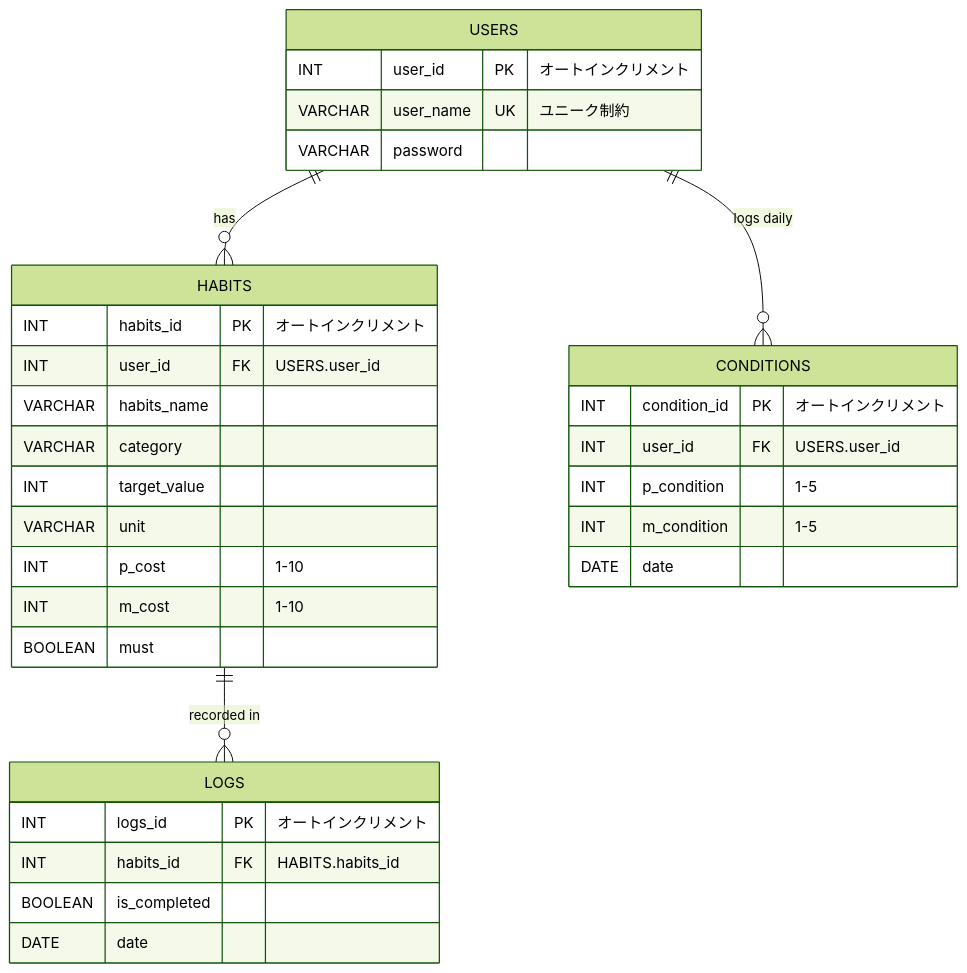
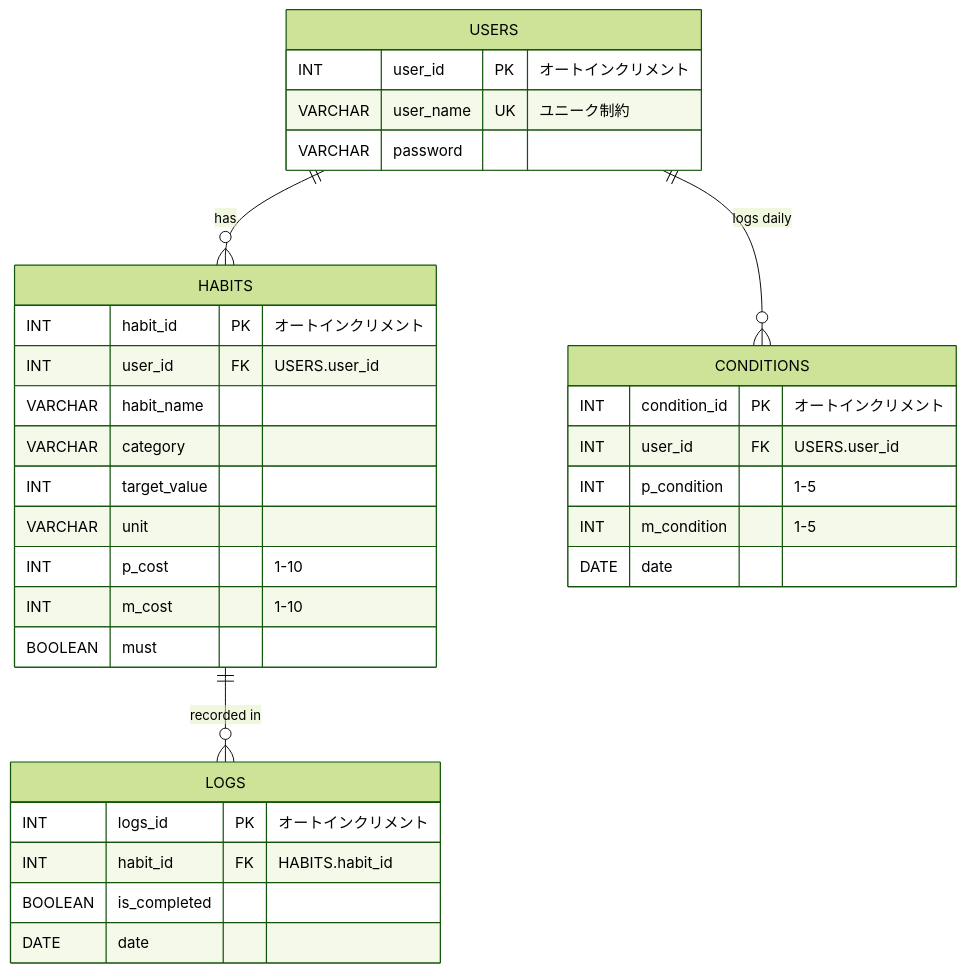
One commit to Moku3956/daily-routine changed the diagram in docs/er.md. Above: the diagram before and after it, drawn with Mermaid (forest theme). The commit also changed other lines of this file and 1 other file, not shown here.

Commit message:
Fix API design YAML structure and ER diagram based on review comments

````diff
--- a/docs/er.md
+++ b/docs/er.md
@@ -1,41 +3,41 @@
 ```mermaid
 erDiagram
 
     USERS ||--o{ HABITS : "has"
     USERS ||--o{ CONDITIONS : "logs daily"
     HABITS ||--o{ LOGS : "recorded in"
            
 
     USERS {
         INT user_id PK "オートインクリメント"
         VARCHAR user_name UK "ユニーク制約"
         VARCHAR password ""
     }
 
     HABITS {
-        INT habits_id PK "オートインクリメント"
+        INT habit_id PK "オートインクリメント"
         INT user_id FK "USERS.user_id"
-        VARCHAR habits_name
+        VARCHAR habit_name
         VARCHAR category
         INT target_value
         VARCHAR unit
         INT p_cost "1-10"
         INT m_cost "1-10"
         BOOLEAN must
     }
 
     CONDITIONS {
         INT condition_id PK "オートインクリメント"
         INT user_id FK "USERS.user_id"
         INT p_condition "1-5"
         INT m_condition "1-5"
         DATE date
     }
 
     LOGS {
         INT logs_id PK "オートインクリメント"
-        INT habits_id FK "HABITS.habits_id"
+        INT habit_id FK "HABITS.habit_id"
         BOOLEAN is_completed
         DATE date
     }
 ```
````
